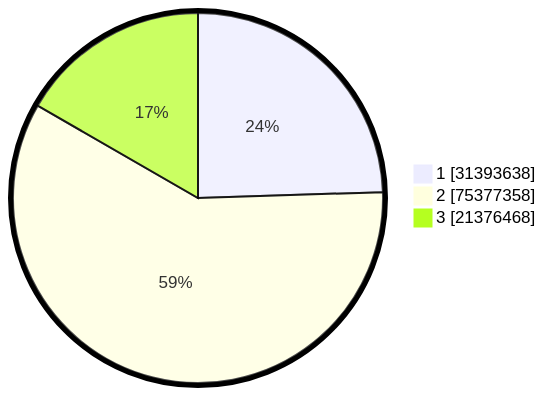
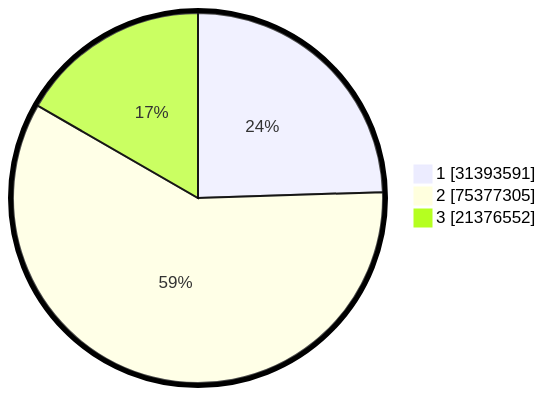
One commit to gigit-pemilu/pemilu-2024 changed the second of 2 diagrams in pilpres/hitung-suara/README.md. Above: the diagram before and after it, drawn with Mermaid. The commit also changed other lines of this file and 7 other files, not shown here.

````diff
--- a/pilpres/hitung-suara/README.md
+++ b/pilpres/hitung-suara/README.md
@@ -93,7 +93,7 @@
 ```mermaid
 %%{init: {"pie": {"textPosition": 0.5}, "themeVariables": {"pieOuterStrokeWidth": "5px"}} }%%
 pie showData
-    "1" : 31393638
-    "2" : 75377358
-    "3" : 21376468
+    "1" : 31393591
+    "2" : 75377305
+    "3" : 21376552
 ```
````
